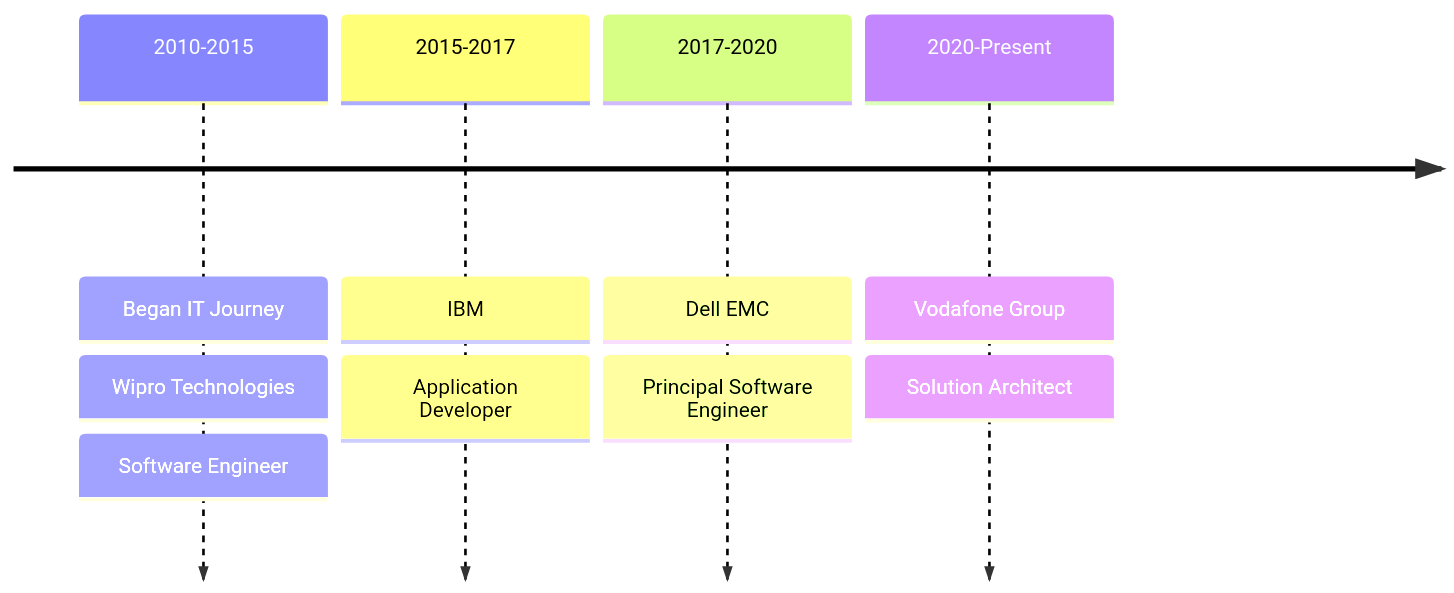
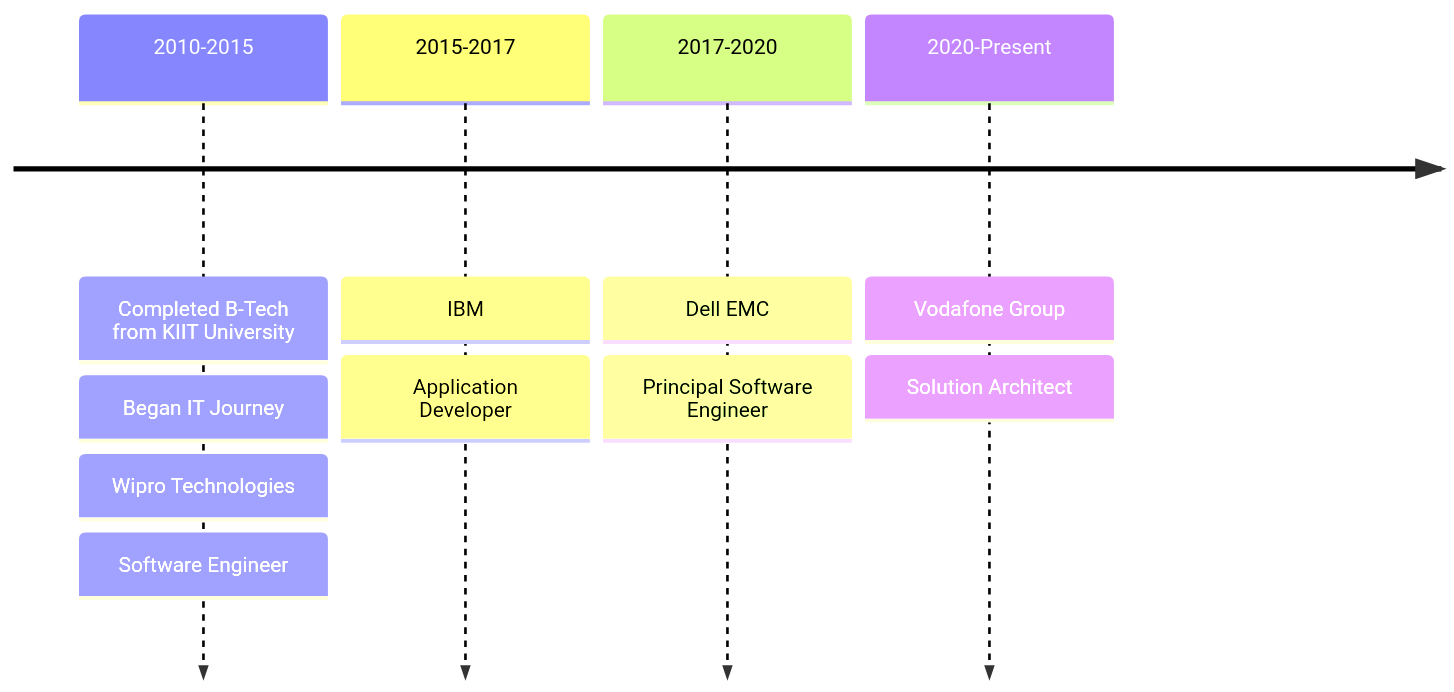
Before and after one commit to sumitsahoo/sumitsahoo: the diagram in README.md, drawn with Mermaid.

````diff
--- a/README.md
+++ b/README.md
@@ -25,7 +25,7 @@
 ```mermaid
 timeline
-    2010-2015 : Began IT Journey : Wipro Technologies : Software Engineer
+    2010-2015 : Completed B-Tech from KIIT University : Began IT Journey : Wipro Technologies : Software Engineer
     2015-2017 : IBM : Application Developer
     2017-2020 : Dell EMC : Principal Software Engineer
     2020-Present : Vodafone Group : Solution Architect
 ```
````
